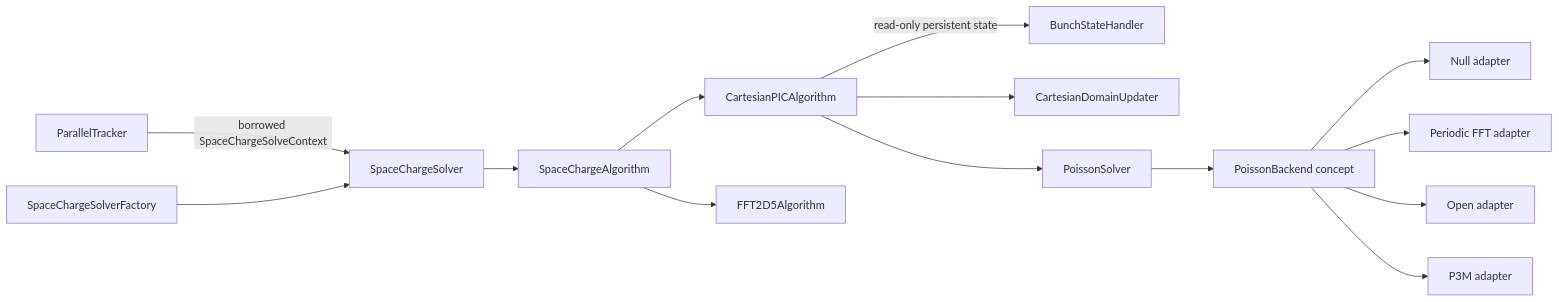
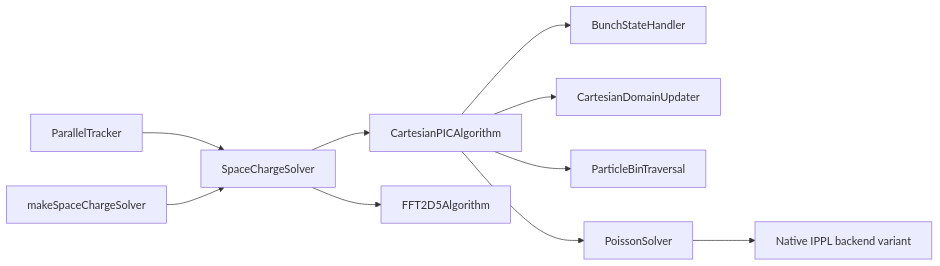
One commit to OPALX-project/OPALX changed the diagram in src/SpaceCharge/README.md. Above: the diagram before and after it, drawn with Mermaid. The commit also changed other lines of this file and 64 other files, not shown here.

Commit message:
Simplify solver routine: Remove redundant runtime protocols and restore safe Poisson backend construction while preserving fixed-domain and physics behavior. Removed roughly 1600 lines...

````diff
--- a/src/SpaceCharge/README.md
+++ b/src/SpaceCharge/README.md
@@ -7,16 +7,12 @@
 ```mermaid
 flowchart LR
-    Tracker[ParallelTracker] -->|borrowed SpaceChargeSolveContext| Solver[SpaceChargeSolver]
-    Factory[SpaceChargeSolverFactory] --> Solver
-    Solver --> Algorithm[SpaceChargeAlgorithm]
-    Algorithm --> Cartesian[CartesianPICAlgorithm]
-    Algorithm --> FFT25[FFT2D5Algorithm]
-    Cartesian -->|read-only persistent state| BunchState[BunchStateHandler]
+    Tracker[ParallelTracker] --> Solver[SpaceChargeSolver]
+    Factory[makeSpaceChargeSolver] --> Solver
+    Solver --> Cartesian[CartesianPICAlgorithm]
+    Solver --> FFT25[FFT2D5Algorithm]
+    Cartesian --> State[BunchStateHandler]
     Cartesian --> Domain[CartesianDomainUpdater]
+    Cartesian --> Bins[ParticleBinTraversal]
     Cartesian --> Poisson[PoissonSolver]
-    Poisson --> Contract[PoissonBackend concept]
-    Contract --> Null[Null adapter]
-    Contract --> FFT[Periodic FFT adapter]
-    Contract --> Open[Open adapter]
-    Contract --> P3M[P3M adapter]
+    Poisson --> Backends[Native IPPL backend variant]
 ```
````
